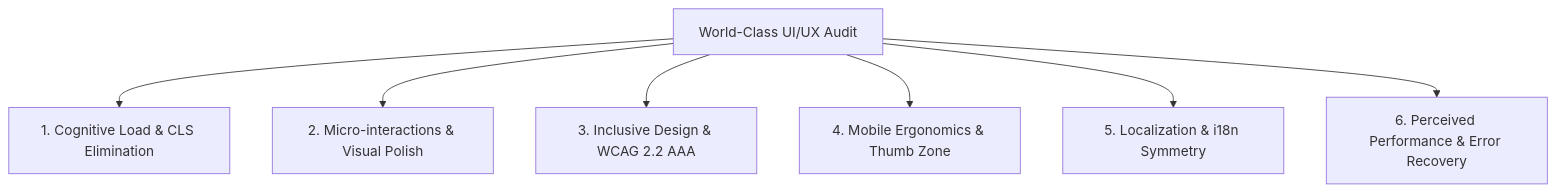
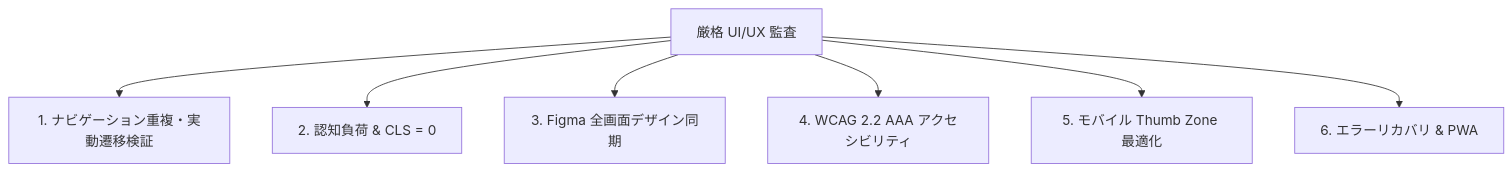
Before and after one commit to kanta13jp1/mighty-link-ai-connect: the diagram in .agents/skills/world-class-ui-ux-review/SKILL.md, drawn with Mermaid. The commit also changed other lines of this file and 4 other files, not shown here.

````diff
--- a/.agents/skills/world-class-ui-ux-review/SKILL.md
+++ b/.agents/skills/world-class-ui-ux-review/SKILL.md
@@ -52,9 +31,9 @@
 ```mermaid
 graph TD
-    Audit[World-Class UI/UX Audit] --> P1[1. Cognitive Load & CLS Elimination]
-    Audit --> P2[2. Micro-interactions & Visual Polish]
-    Audit --> P3[3. Inclusive Design & WCAG 2.2 AAA]
-    Audit --> P4[4. Mobile Ergonomics & Thumb Zone]
-    Audit --> P5[5. Localization & i18n Symmetry]
-    Audit --> P6[6. Perceived Performance & Error Recovery]
+    Audit[厳格 UI/UX 監査] --> G1[1. ナビゲーション重複・実動遷移検証]
+    Audit --> G2[2. 認知負荷 & CLS = 0]
+    Audit --> G3[3. Figma 全画面デザイン同期]
+    Audit --> G4[4. WCAG 2.2 AAA アクセシビリティ]
+    Audit --> G5[5. モバイル Thumb Zone 最適化]
+    Audit --> G6[6. エラーリカバリ & PWA]
 ```
````
